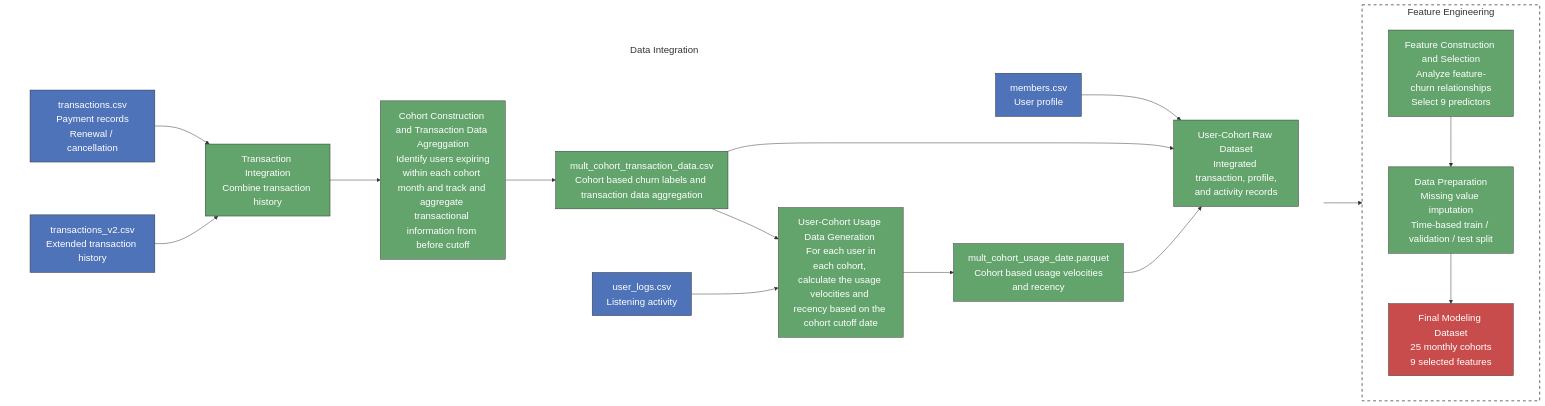
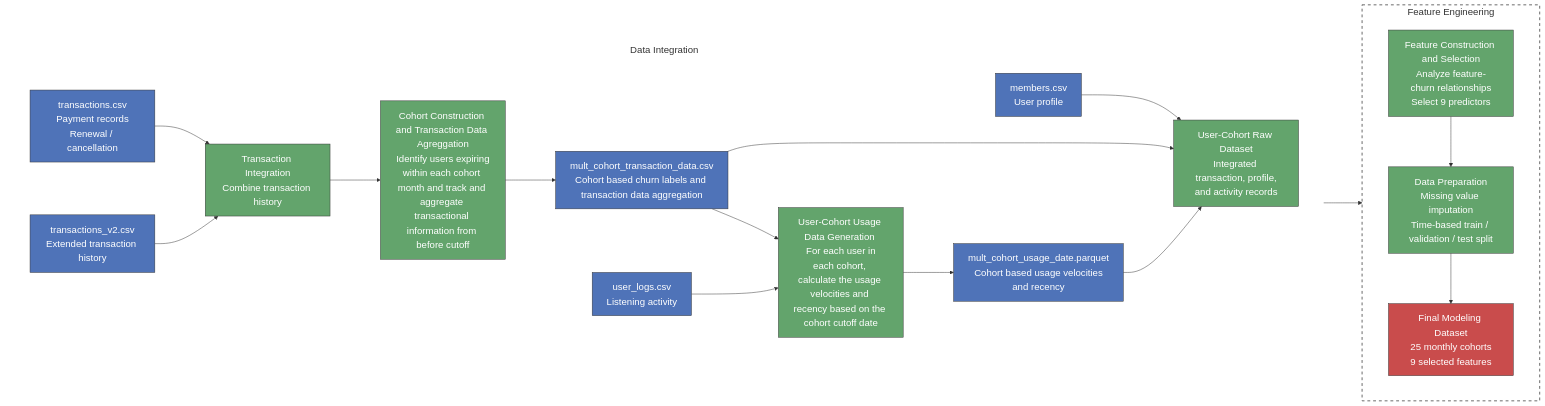
One commit to linxinliu241/kkbox-churn-project changed the diagram in README.md. Above: the diagram before and after it, drawn with Mermaid.

Commit message:
Update class definitions in README.md

```diff
--- a/README.md
+++ b/README.md
@@ -187,9 +187,9 @@
 classDef final fill:#C94C4C,color:white,stroke:#333,font-size:20px;
 
 
-class A,B,C,D raw;
+class A,B,C,D,J,L raw;
 
-class E,F,I,J,K,L,M,N process;
+class E,F,I,K,M,N process;
 
 class O final;
 
```
